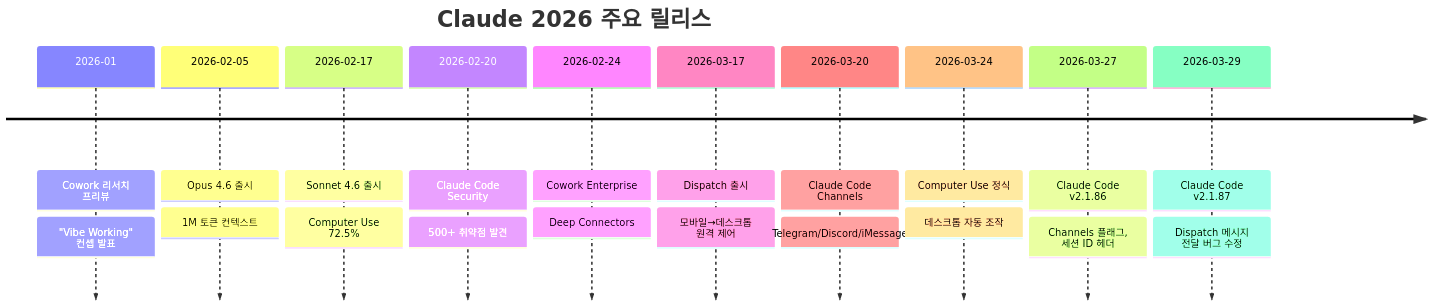
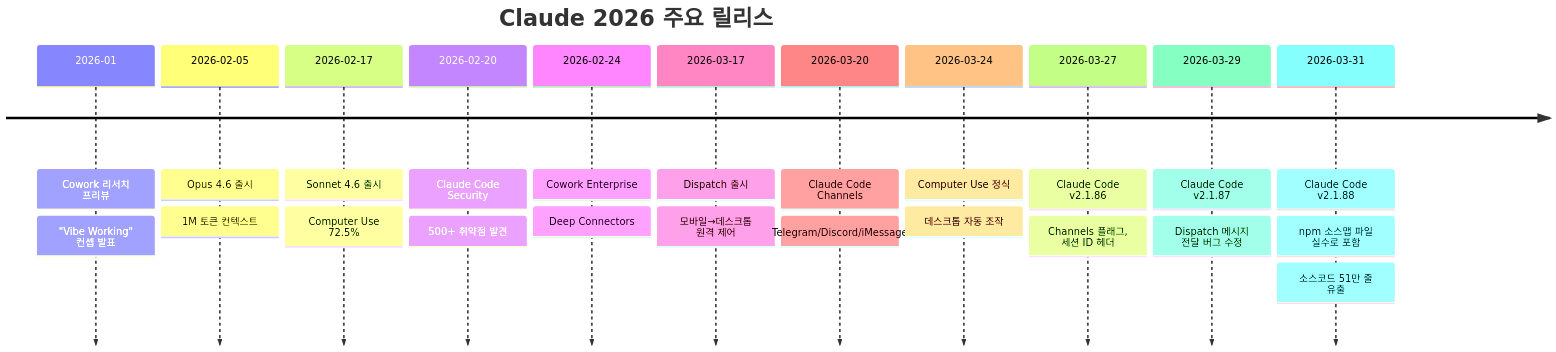
The diagram in tech/ai/claude/12-2026-updates.md (adszzz11/study), drawn with Mermaid before and after one commit. The commit also changed other lines of this file, not shown here.

First line of the commit message:
📝 [docs] Claude 업데이트 반영 - 2026-03-31

````diff
--- a/tech/ai/claude/12-2026-updates.md
+++ b/tech/ai/claude/12-2026-updates.md
@@ -17,24 +17,27 @@
 ```mermaid
 timeline
     title Claude 2026 주요 릴리스
     2026-01 : Cowork 리서치 프리뷰
            : "Vibe Working" 컨셉 발표
     2026-02-05 : Opus 4.6 출시
               : 1M 토큰 컨텍스트
     2026-02-17 : Sonnet 4.6 출시
               : Computer Use 72.5%
     2026-02-20 : Claude Code Security
               : 500+ 취약점 발견
     2026-02-24 : Cowork Enterprise
               : Deep Connectors
     2026-03-17 : Dispatch 출시
               : 모바일→데스크톱 원격 제어
     2026-03-20 : Claude Code Channels
               : Telegram/Discord/iMessage
     2026-03-24 : Computer Use 정식
               : 데스크톱 자동 조작
     2026-03-27 : Claude Code v2.1.86
               : Channels 플래그, 세션 ID 헤더
     2026-03-29 : Claude Code v2.1.87
               : Dispatch 메시지 전달 버그 수정
+    2026-03-31 : Claude Code v2.1.88
+              : npm 소스맵 파일 실수로 포함
+              : 소스코드 51만 줄 유출
 ```
````
